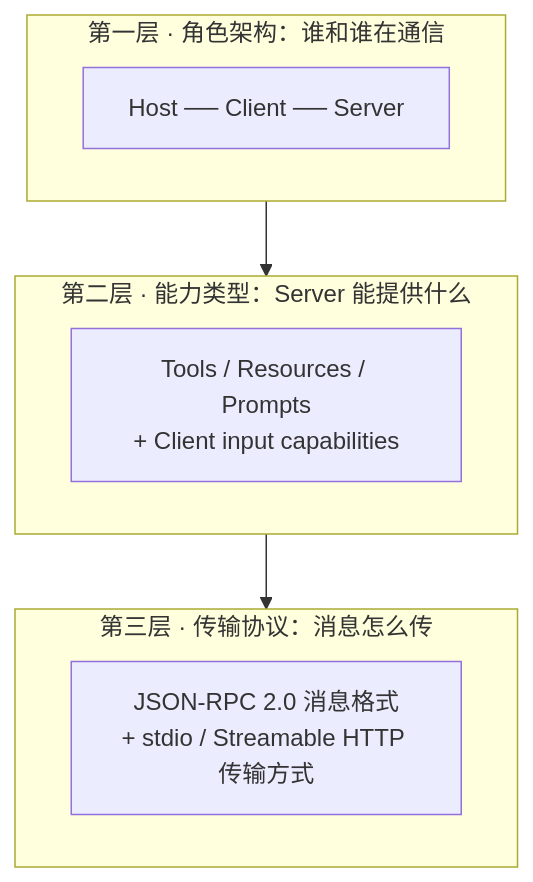
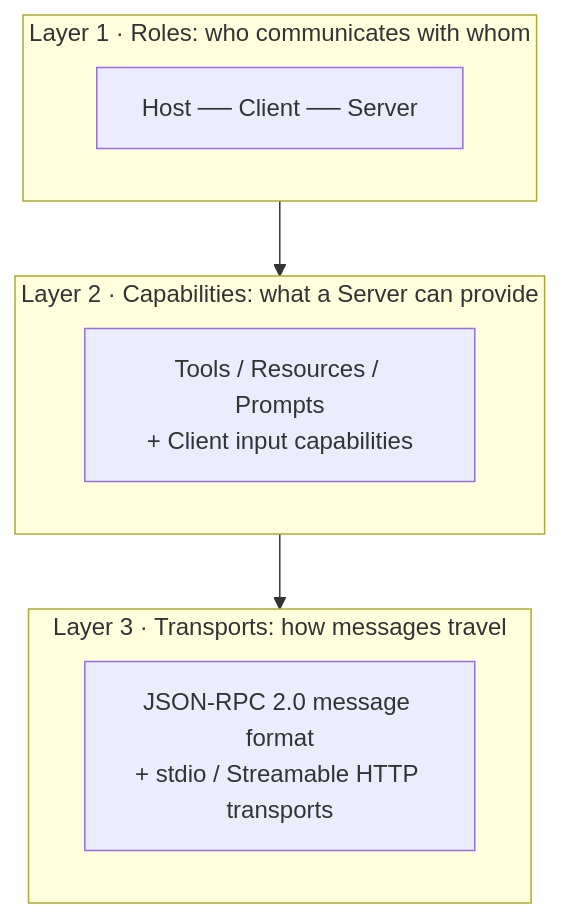
The first of 5 diagrams in docs/tools/02-mcp/05-mcp-components.md (oneleaveknowsthefall/awesome-ai-roadmap), drawn with Mermaid before and after one commit. The commit also changed other lines of this file and 42 other files, not shown here.

````diff
--- a/docs/tools/02-mcp/05-mcp-components.md
+++ b/docs/tools/02-mcp/05-mcp-components.md
@@ -13,16 +13,16 @@
 ```mermaid
 flowchart TB
-    subgraph L1["第一层 · 角色架构：谁和谁在通信"]
+    subgraph L1["Layer 1 · Roles: who communicates with whom"]
         A["Host ── Client ── Server"]
     end
 
-    subgraph L2["第二层 · 能力类型：Server 能提供什么"]
+    subgraph L2["Layer 2 · Capabilities: what a Server can provide"]
         B["Tools / Resources / Prompts<br/>+ Client input capabilities"]
     end
 
-    subgraph L3["第三层 · 传输协议：消息怎么传"]
-        C["JSON-RPC 2.0 消息格式<br/>+ stdio / Streamable HTTP 传输方式"]
+    subgraph L3["Layer 3 · Transports: how messages travel"]
+        C["JSON-RPC 2.0 message format<br/>+ stdio / Streamable HTTP transports"]
     end
 
     L1 --> L2 --> L3
 ```
````
